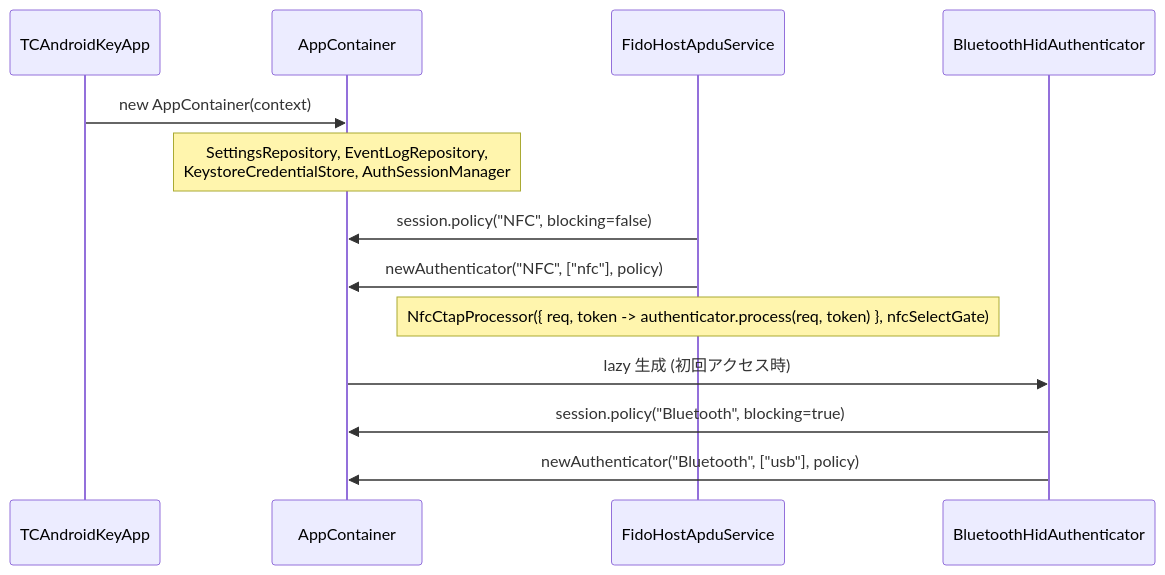
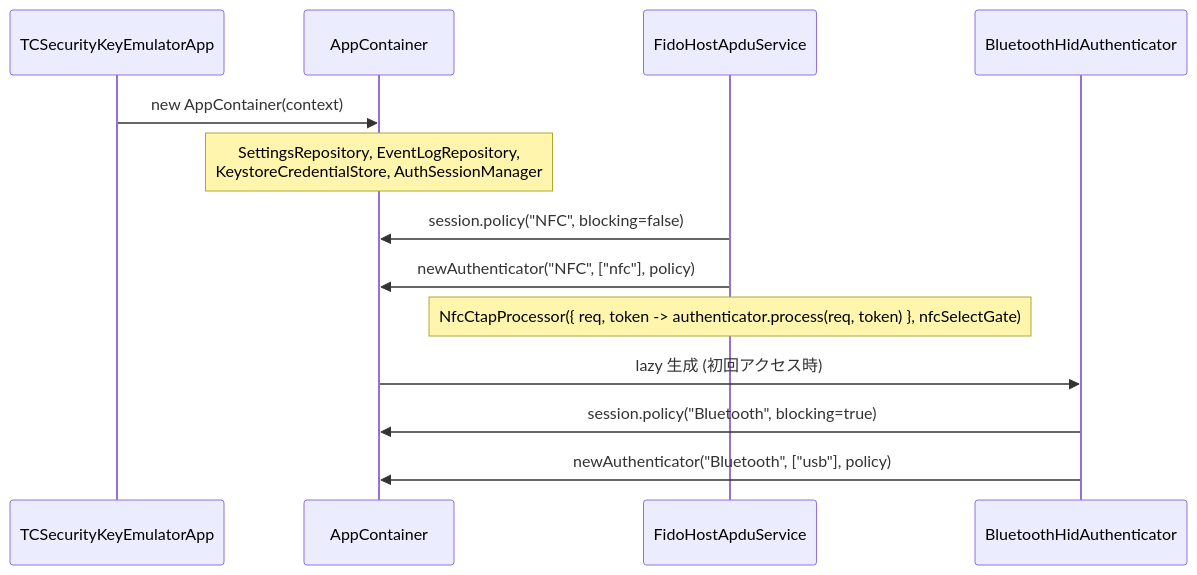
One commit to tecogonaz0439/TCAndroidKey changed the second of 2 diagrams in docs/design/detail/04_modules.md. Above: the diagram before and after it, drawn with Mermaid. The commit also changed other lines of this file and 50 other files, not shown here.

First line of the commit message:
Rename the app to Security Key Emulator / TCSecurityKeyEmulator

````diff
--- a/docs/design/detail/04_modules.md
+++ b/docs/design/detail/04_modules.md
@@ -207,15 +207,15 @@
 ```mermaid
 sequenceDiagram
-    participant App as TCAndroidKeyApp
+    participant App as TCSecurityKeyEmulatorApp
     participant C as AppContainer
     participant Svc as FidoHostApduService
     participant BT as BluetoothHidAuthenticator
     App->>C: new AppContainer(context)
     Note over C: SettingsRepository, EventLogRepository,<br/>KeystoreCredentialStore, AuthSessionManager
     Svc->>C: session.policy("NFC", blocking=false)
     Svc->>C: newAuthenticator("NFC", ["nfc"], policy)
     Note over Svc: NfcCtapProcessor({ req, token -> authenticator.process(req, token) }, nfcSelectGate)
     C->>BT: lazy 生成 (初回アクセス時)
     BT->>C: session.policy("Bluetooth", blocking=true)
     BT->>C: newAuthenticator("Bluetooth", ["usb"], policy)
 ```
````
